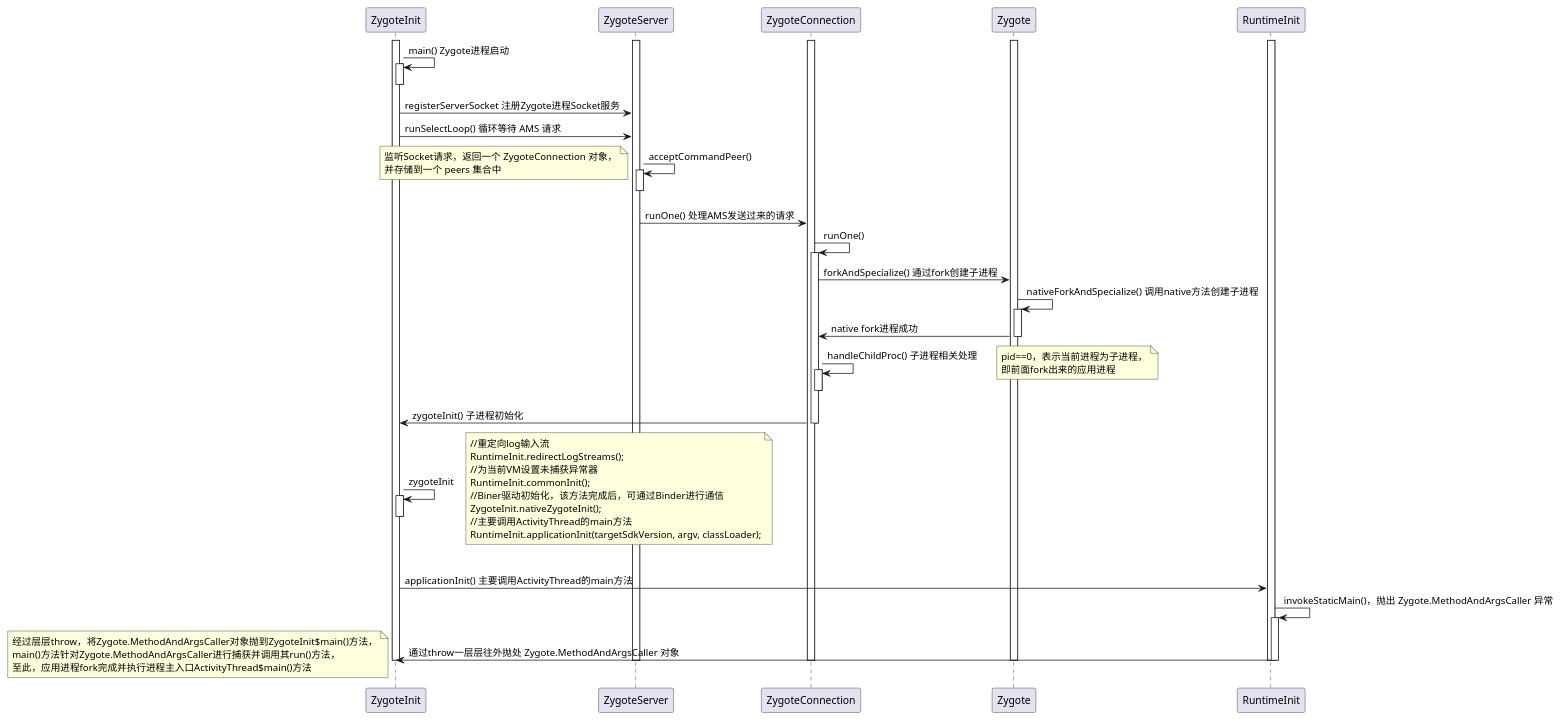
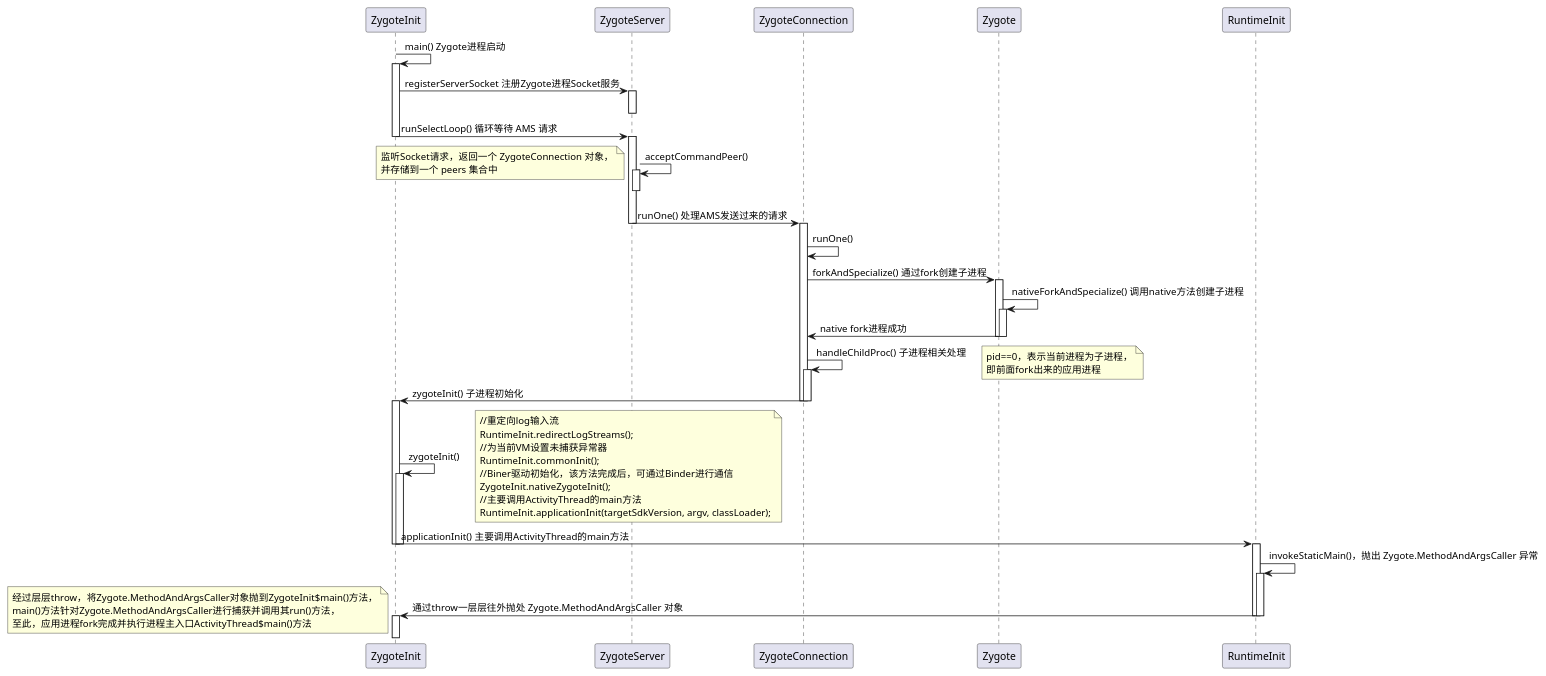
The diagram in doc/activity/process_launcher_3.puml (xHonghui/android-26), drawn with PlantUML before and after one commit. The commit also changed 4 other files, not shown here.

Commit message:
feat: puml流程图标准调整；

```diff
--- a/doc/activity/process_launcher_3.puml
+++ b/doc/activity/process_launcher_3.puml
@@ -1,80 +1,83 @@
 @startuml
 'https://plantuml.com/sequence-diagram
 'Zygote进程fork应用进程，并执行应用进程ActivityThread （主入口main()）
 
 participant ZygoteInit
 participant ZygoteServer
 participant ZygoteConnection
 participant Zygote
 participant RuntimeInit
 
-activate ZygoteInit
-activate ZygoteServer
-activate ZygoteConnection
-activate Zygote
-activate RuntimeInit
-
-
 ZygoteInit -> ZygoteInit: main() Zygote进程启动
 activate ZygoteInit
+ZygoteInit -> ZygoteServer: registerServerSocket 注册Zygote进程Socket服务
+activate ZygoteServer
+deactivate ZygoteServer
+ZygoteInit -> ZygoteServer: runSelectLoop() 循环等待 AMS 请求
 deactivate ZygoteInit
-ZygoteInit -> ZygoteServer: registerServerSocket 注册Zygote进程Socket服务
-ZygoteInit -> ZygoteServer: runSelectLoop() 循环等待 AMS 请求
+
+activate ZygoteServer
 ZygoteServer -> ZygoteServer: acceptCommandPeer()
 activate ZygoteServer
 deactivate ZygoteServer
 note left
     监听Socket请求，返回一个 ZygoteConnection 对象，
     并存储到一个 peers 集合中
 end note
+ZygoteServer -> ZygoteConnection: runOne() 处理AMS发送过来的请求
+deactivate ZygoteServer
 
-ZygoteServer -> ZygoteConnection: runOne() 处理AMS发送过来的请求
+activate ZygoteConnection
 ZygoteConnection -> ZygoteConnection: runOne()
-activate ZygoteConnection
 ZygoteConnection -> Zygote: forkAndSpecialize() 通过fork创建子进程
+activate Zygote
 Zygote -> Zygote: nativeForkAndSpecialize() 调用native方法创建子进程
 activate Zygote
 Zygote -> ZygoteConnection: native fork进程成功
+deactivate Zygote
 deactivate Zygote
 
 '回归到 ZygoteConnection 类的 runOnce() 方法
 ZygoteConnection -> ZygoteConnection: handleChildProc() 子进程相关处理
 activate ZygoteConnection
-deactivate ZygoteConnection
 note right
     pid==0，表示当前进程为子进程，
     即前面fork出来的应用进程
 end note
 ZygoteConnection -> ZygoteInit: zygoteInit() 子进程初始化
 deactivate ZygoteConnection
+deactivate ZygoteConnection
 
-ZygoteInit -> ZygoteInit: zygoteInit
 activate ZygoteInit
-deactivate ZygoteInit
+ZygoteInit -> ZygoteInit: zygoteInit()
+activate ZygoteInit
 note right
     //重定向log输入流
     RuntimeInit.redirectLogStreams();
     //为当前VM设置未捕获异常器
     RuntimeInit.commonInit();
     //Biner驱动初始化，该方法完成后，可通过Binder进行通信
     ZygoteInit.nativeZygoteInit();
     //主要调用ActivityThread的main方法
     RuntimeInit.applicationInit(targetSdkVersion, argv, classLoader);
 end note
 ZygoteInit -> RuntimeInit: applicationInit() 主要调用ActivityThread的main方法
+deactivate ZygoteInit
+deactivate ZygoteInit
+
+activate RuntimeInit
 RuntimeInit -> RuntimeInit: invokeStaticMain()，抛出 Zygote.MethodAndArgsCaller 异常
 activate RuntimeInit
 RuntimeInit -> ZygoteInit: 通过throw一层层往外抛处 Zygote.MethodAndArgsCaller 对象
 deactivate RuntimeInit
+deactivate RuntimeInit
+
+activate ZygoteInit
 note left
     经过层层throw，将Zygote.MethodAndArgsCaller对象抛到ZygoteInit$main()方法，
     main()方法针对Zygote.MethodAndArgsCaller进行捕获并调用其run()方法，
     至此，应用进程fork完成并执行进程主入口ActivityThread$main()方法
 end note
+deactivate ZygoteInit
 
-deactivate ZygoteInit
-deactivate ZygoteServer
-deactivate ZygoteConnection
-deactivate Zygote
-deactivate RuntimeInit
 @enduml
```
